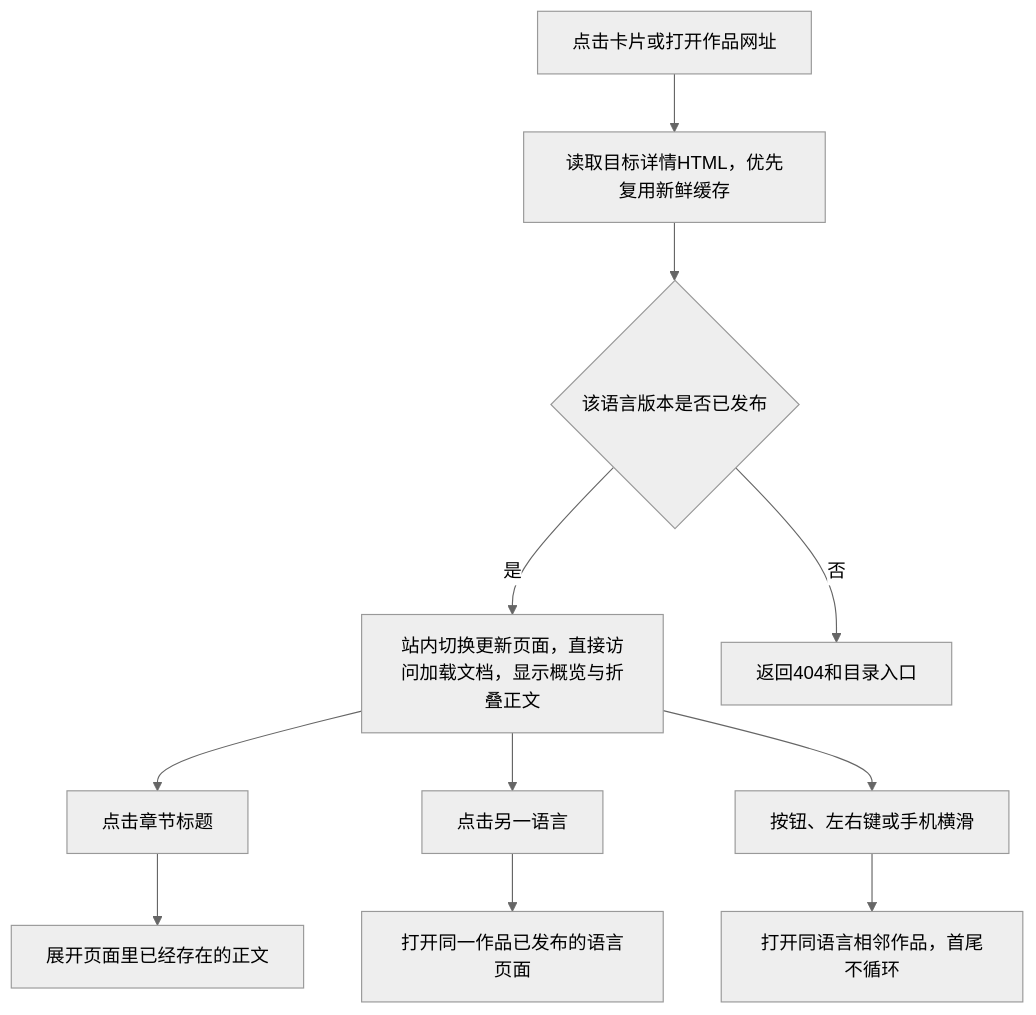
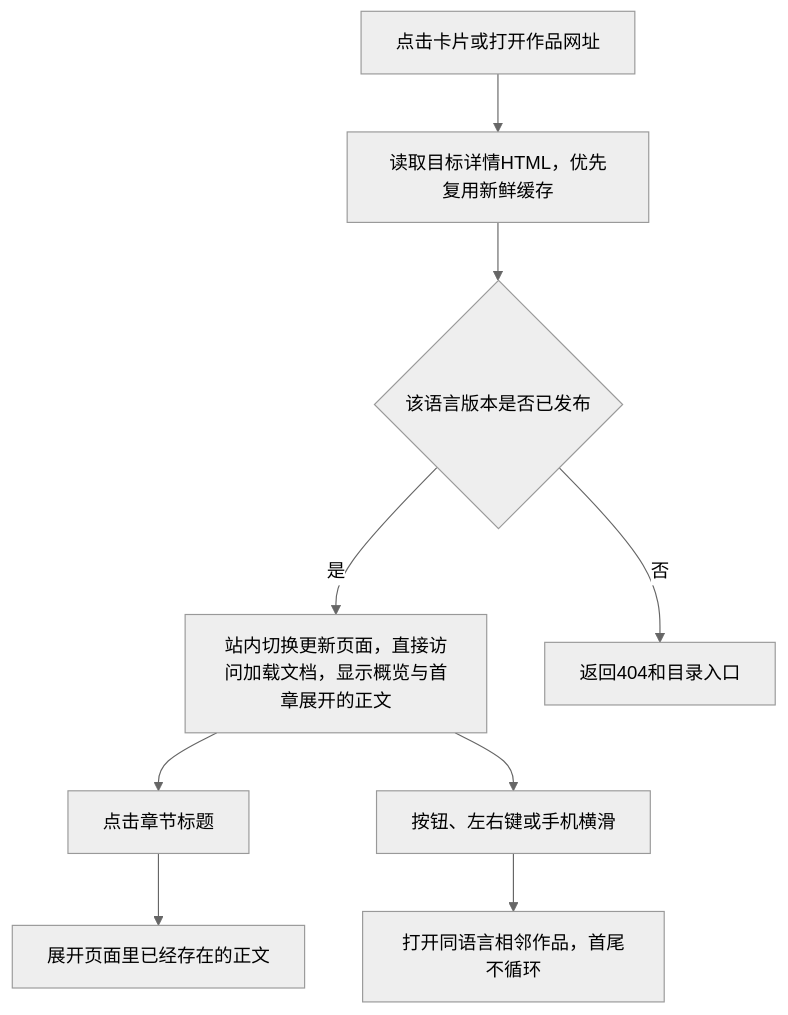
The diagram in docs/features/article-read.md (Vibes-college/Vibes), drawn with Mermaid (neutral theme) before and after one commit. The commit also changed other lines of this file and 20 other files, not shown here.

````diff
--- a/docs/features/article-read.md
+++ b/docs/features/article-read.md
@@ -44,13 +47,11 @@
 ```mermaid
 flowchart TD
   A[点击卡片或打开作品网址] --> B[读取目标详情HTML，优先复用新鲜缓存]
   B --> C{该语言版本是否已发布}
-  C -->|是| D[站内切换更新页面，直接访问加载文档，显示概览与折叠正文]
+  C -->|是| D[站内切换更新页面，直接访问加载文档，显示概览与首章展开的正文]
   C -->|否| E[返回404和目录入口]
   D --> F[点击章节标题]
   F --> G[展开页面里已经存在的正文]
-  D --> H[点击另一语言]
-  H --> I[打开同一作品已发布的语言页面]
   D --> J[按钮、左右键或手机横滑]
   J --> K[打开同语言相邻作品，首尾不循环]
 ```
````
